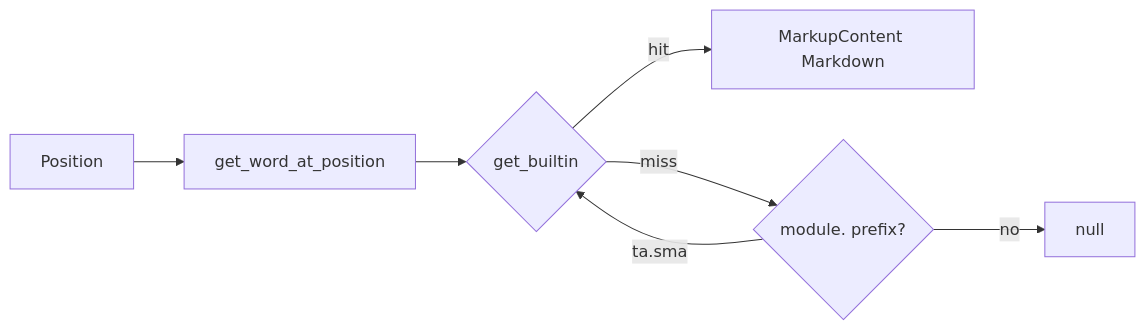
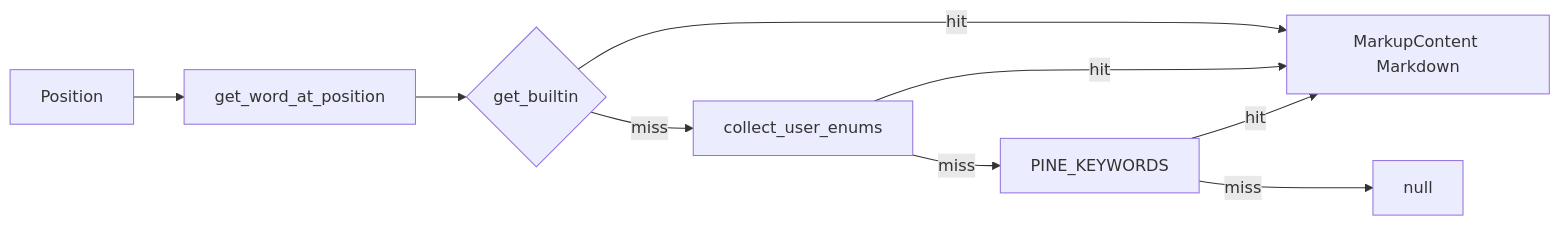
The diagram in docs/pyne/lsp/features/hover.mdx (hoox-sh/pyne), drawn with Mermaid before and after one commit. The commit also changed other lines of this file and 101 other files, not shown here.

````diff
--- a/docs/pyne/lsp/features/hover.mdx
+++ b/docs/pyne/lsp/features/hover.mdx
@@ -33,9 +33,11 @@
 ```mermaid
 flowchart LR
   POS[Position] --> WORD[get_word_at_position]
   WORD --> META{get_builtin}
   META -->|hit| CARD[MarkupContent Markdown]
-  META -->|miss| DOT{module. prefix?}
-  DOT -->|ta.sma| META
-  DOT -->|no| NULL[null]
+  META -->|miss| ENUM[collect_user_enums]
+  ENUM -->|hit| CARD
+  ENUM -->|miss| KW[PINE_KEYWORDS]
+  KW -->|hit| CARD
+  KW -->|miss| NULL[null]
 ```
````
